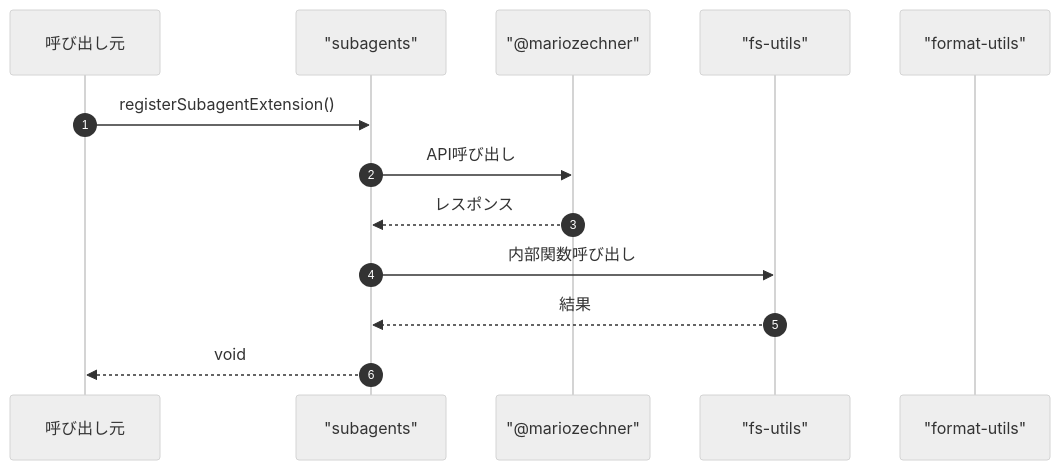
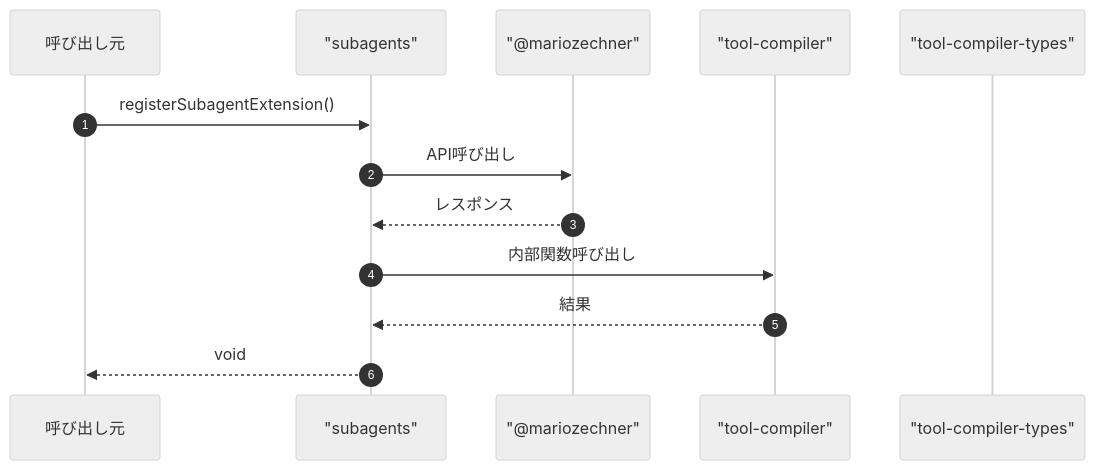
Diagram 11 of 11 in ABDD/.pi/extensions/subagents.md (Mekann2904/mekann), drawn with Mermaid (neutral theme) before and after one commit. The commit also changed other lines of this file and 257 other files, not shown here.

````diff
--- a/ABDD/.pi/extensions/subagents.md
+++ b/ABDD/.pi/extensions/subagents.md
@@ -811,16 +944,16 @@
 ```mermaid
 sequenceDiagram
   autonumber
   participant Caller as 呼び出し元
   participant subagents as "subagents"
   participant mariozechner as "@mariozechner"
-  participant fs_utils as "fs-utils"
-  participant format_utils as "format-utils"
+  participant tool_compiler as "tool-compiler"
+  participant tool_compiler_types as "tool-compiler-types"
 
   Caller->>subagents: registerSubagentExtension()
   subagents->>mariozechner: API呼び出し
   mariozechner-->>subagents: レスポンス
-  subagents->>fs_utils: 内部関数呼び出し
-  fs_utils-->>subagents: 結果
+  subagents->>tool_compiler: 内部関数呼び出し
+  tool_compiler-->>subagents: 結果
   subagents-->>Caller: void
 ```
````
